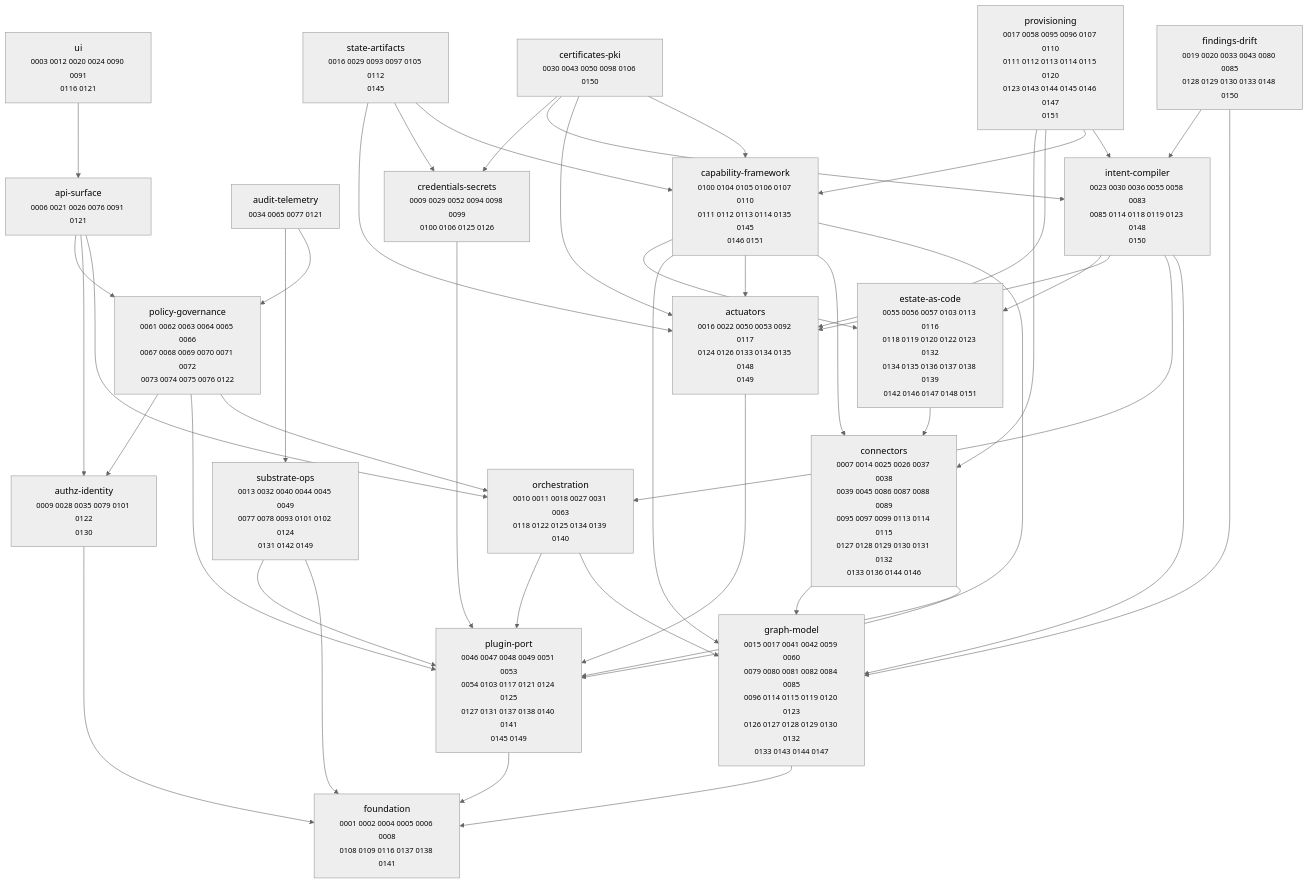
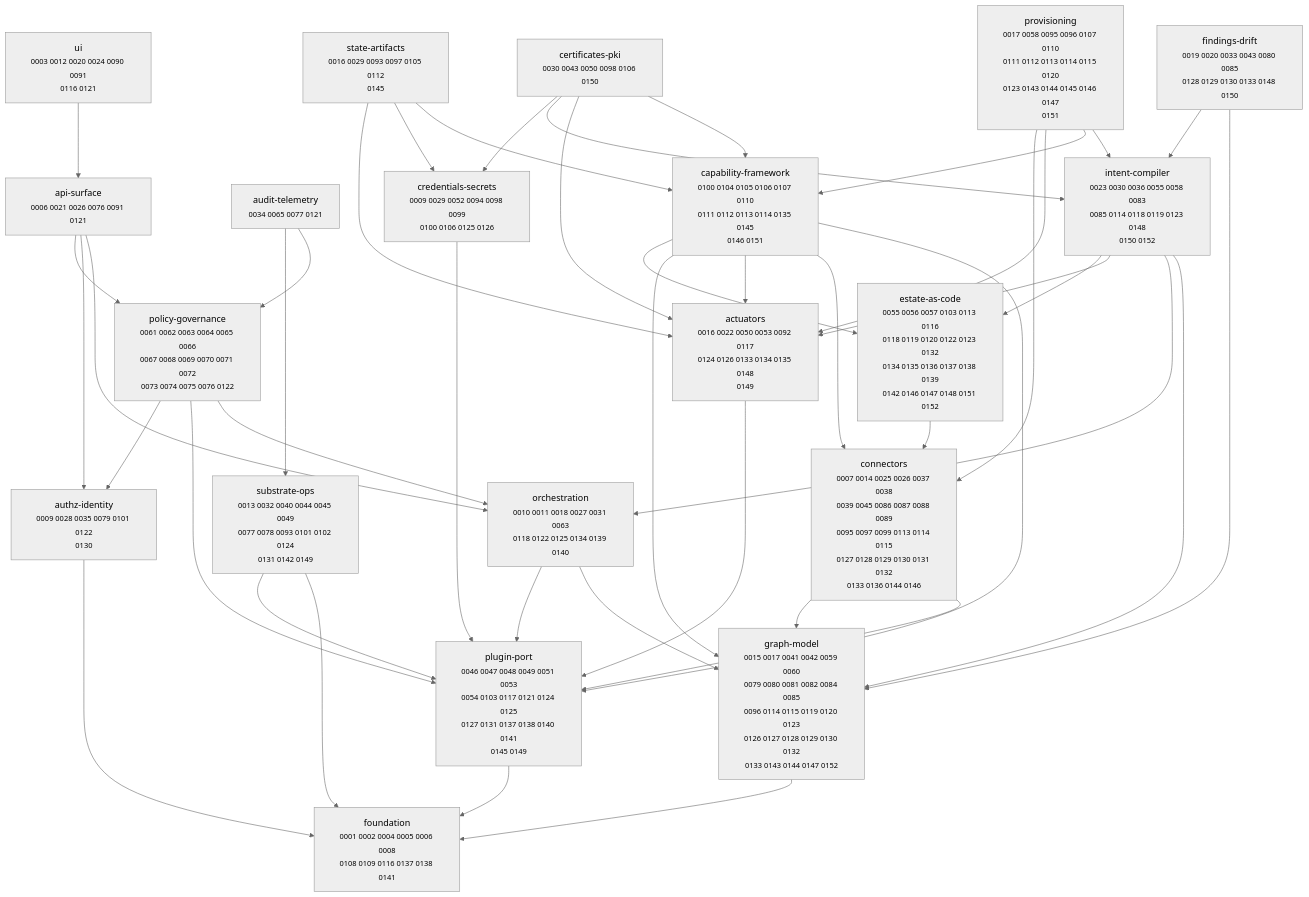
Before and after one commit to dstout-devops/stratt: the diagram in docs/adr/MAP.md, drawn with Mermaid (neutral theme). The commit also changed other lines of this file and 3 other files, not shown here.

````diff
--- a/docs/adr/MAP.md
+++ b/docs/adr/MAP.md
@@ -11,67 +11,67 @@
 ```mermaid
 graph TD
   actuators["actuators<br/><small>0016 0022 0050 0053 0092 0117<br/>0124 0126 0133 0134 0135 0148<br/>0149</small>"]
   api_surface["api-surface<br/><small>0006 0021 0026 0076 0091 0121</small>"]
   audit_telemetry["audit-telemetry<br/><small>0034 0065 0077 0121</small>"]
   authz_identity["authz-identity<br/><small>0009 0028 0035 0079 0101 0122<br/>0130</small>"]
   capability_framework["capability-framework<br/><small>0100 0104 0105 0106 0107 0110<br/>0111 0112 0113 0114 0135 0145<br/>0146 0151</small>"]
   certificates_pki["certificates-pki<br/><small>0030 0043 0050 0098 0106 0150</small>"]
   connectors["connectors<br/><small>0007 0014 0025 0026 0037 0038<br/>0039 0045 0086 0087 0088 0089<br/>0095 0097 0099 0113 0114 0115<br/>0127 0128 0129 0130 0131 0132<br/>0133 0136 0144 0146</small>"]
   credentials_secrets["credentials-secrets<br/><small>0009 0029 0052 0094 0098 0099<br/>0100 0106 0125 0126</small>"]
-  estate_as_code["estate-as-code<br/><small>0055 0056 0057 0103 0113 0116<br/>0118 0119 0120 0122 0123 0132<br/>0134 0135 0136 0137 0138 0139<br/>0142 0146 0147 0148 0151</small>"]
+  estate_as_code["estate-as-code<br/><small>0055 0056 0057 0103 0113 0116<br/>0118 0119 0120 0122 0123 0132<br/>0134 0135 0136 0137 0138 0139<br/>0142 0146 0147 0148 0151 0152</small>"]
   findings_drift["findings-drift<br/><small>0019 0020 0033 0043 0080 0085<br/>0128 0129 0130 0133 0148 0150</small>"]
   foundation["foundation<br/><small>0001 0002 0004 0005 0006 0008<br/>0108 0109 0116 0137 0138 0141</small>"]
-  graph_model["graph-model<br/><small>0015 0017 0041 0042 0059 0060<br/>0079 0080 0081 0082 0084 0085<br/>0096 0114 0115 0119 0120 0123<br/>0126 0127 0128 0129 0130 0132<br/>0133 0143 0144 0147</small>"]
-  intent_compiler["intent-compiler<br/><small>0023 0030 0036 0055 0058 0083<br/>0085 0114 0118 0119 0123 0148<br/>0150</small>"]
+  graph_model["graph-model<br/><small>0015 0017 0041 0042 0059 0060<br/>0079 0080 0081 0082 0084 0085<br/>0096 0114 0115 0119 0120 0123<br/>0126 0127 0128 0129 0130 0132<br/>0133 0143 0144 0147 0152</small>"]
+  intent_compiler["intent-compiler<br/><small>0023 0030 0036 0055 0058 0083<br/>0085 0114 0118 0119 0123 0148<br/>0150 0152</small>"]
   orchestration["orchestration<br/><small>0010 0011 0018 0027 0031 0063<br/>0118 0122 0125 0134 0139 0140</small>"]
   plugin_port["plugin-port<br/><small>0046 0047 0048 0049 0051 0053<br/>0054 0103 0117 0121 0124 0125<br/>0127 0131 0137 0138 0140 0141<br/>0145 0149</small>"]
   policy_governance["policy-governance<br/><small>0061 0062 0063 0064 0065 0066<br/>0067 0068 0069 0070 0071 0072<br/>0073 0074 0075 0076 0122</small>"]
   provisioning["provisioning<br/><small>0017 0058 0095 0096 0107 0110<br/>0111 0112 0113 0114 0115 0120<br/>0123 0143 0144 0145 0146 0147<br/>0151</small>"]
   state_artifacts["state-artifacts<br/><small>0016 0029 0093 0097 0105 0112<br/>0145</small>"]
   substrate_ops["substrate-ops<br/><small>0013 0032 0040 0044 0045 0049<br/>0077 0078 0093 0101 0102 0124<br/>0131 0142 0149</small>"]
   ui["ui<br/><small>0003 0012 0020 0024 0090 0091<br/>0116 0121</small>"]
 
   actuators --> plugin_port
   api_surface --> orchestration
   api_surface --> authz_identity
   api_surface --> policy_governance
   audit_telemetry --> policy_governance
   audit_telemetry --> substrate_ops
   authz_identity --> foundation
   capability_framework --> plugin_port
   capability_framework --> connectors
   capability_framework --> actuators
   capability_framework --> graph_model
   capability_framework --> estate_as_code
   certificates_pki --> capability_framework
   certificates_pki --> actuators
   certificates_pki --> intent_compiler
   certificates_pki --> credentials_secrets
   connectors --> plugin_port
   connectors --> graph_model
   credentials_secrets --> plugin_port
   estate_as_code --> connectors
   findings_drift --> graph_model
   findings_drift --> intent_compiler
   graph_model --> foundation
   intent_compiler --> graph_model
   intent_compiler --> orchestration
   intent_compiler --> actuators
   intent_compiler --> estate_as_code
   orchestration --> graph_model
   orchestration --> plugin_port
   plugin_port --> foundation
   policy_governance --> orchestration
   policy_governance --> plugin_port
   policy_governance --> authz_identity
   provisioning --> intent_compiler
   provisioning --> capability_framework
   provisioning --> actuators
   provisioning --> connectors
   state_artifacts --> capability_framework
   state_artifacts --> credentials_secrets
   state_artifacts --> actuators
   substrate_ops --> foundation
   substrate_ops --> plugin_port
   ui --> api_surface
 ```
````
